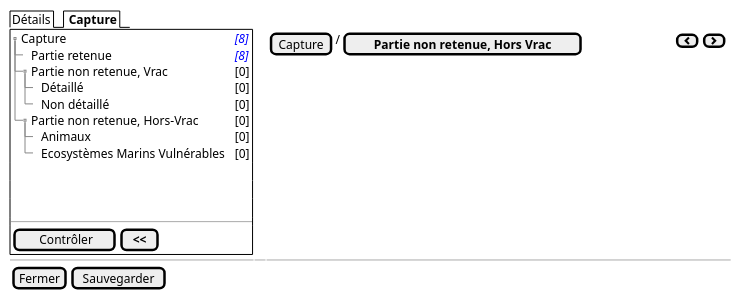
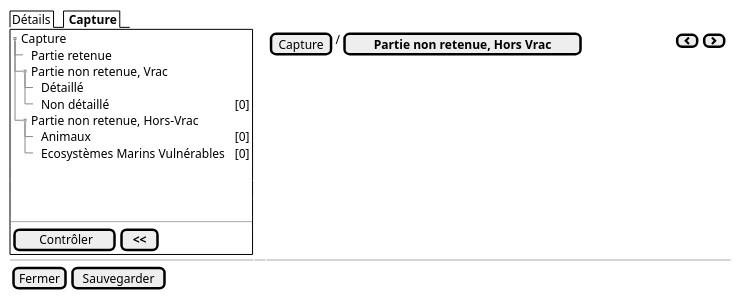
The diagram in projects/obsmer/spe/images/batch/batch-tree-PNR-HVRAC.puml (sumaris-net/sumaris-doc), drawn with PlantUML before and after one commit. The commit also changed 27 other files, not shown here.

```diff
--- a/projects/obsmer/spe/images/batch/batch-tree-PNR-HVRAC.puml
+++ b/projects/obsmer/spe/images/batch/batch-tree-PNR-HVRAC.puml
@@ -1,28 +1,28 @@
 @startsalt
 {
   {/ Détails | <b> Capture }
   {+
    {T
-       + Capture    | <i><color:blue>[8]
-       ++ Partie retenue       | <i><color:blue>[8]
-       ++ Partie non retenue, Vrac | <color:black>[0]
-       +++ Détaillé | <color:black>[0]
+       + Capture
+       ++ Partie retenue
+       ++ Partie non retenue, Vrac
+       +++ Détaillé
        +++ Non détaillé | <color:black>[0]
-       ++ Partie non retenue, Hors-Vrac | <color:black>[0]
+       ++ Partie non retenue, Hors-Vrac
        +++ Animaux | <color:black>[0]
        +++ Ecosystèmes Marins Vulnérables | <color:black>[0]
    }
     .
     .
     .
    --
    {
       [<&checkmark> Contrôler] | [ <b><< ]
    }
   } | . | {
     { [Capture] | / | [<b>Partie non retenue, Hors Vrac] | . | . | . | . | . | . | . | . | . | . | . | . | . | . | . | . | . | { [<&chevron-left>] | [<&chevron-right>] } }
     }
   -- | -- | --
   { [Fermer] | [Sauvegarder] }
 }
 @endsalt
```
